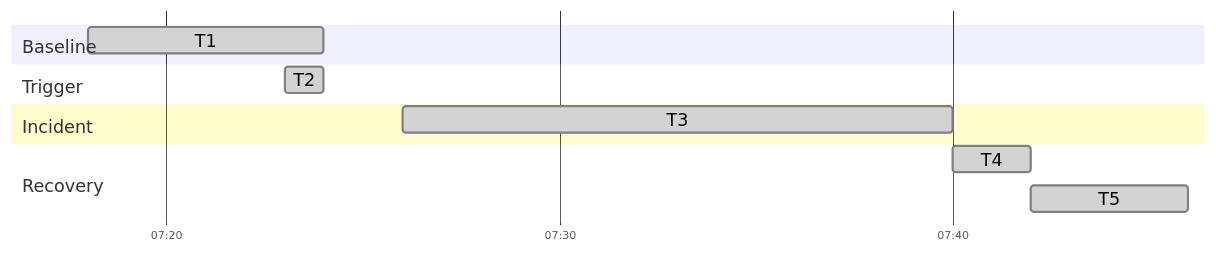
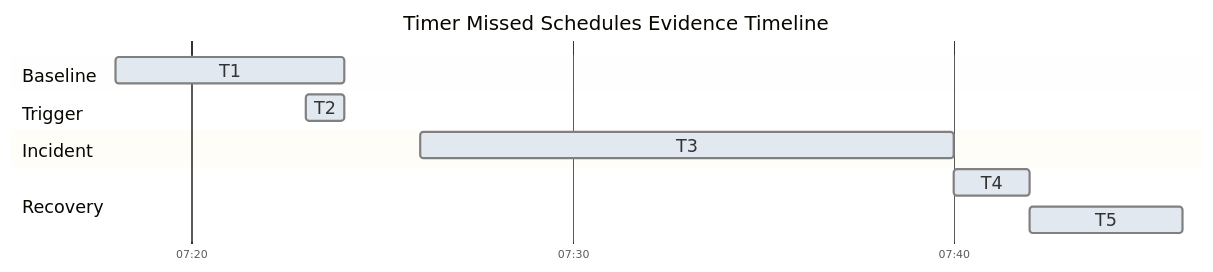
The second of 2 diagrams in docs/troubleshooting/lab-guides/timer-missed-schedules.md (yeongseon/azure-functions-practical-guide), drawn with Mermaid before and after one commit. The commit also changed 1 other file, not shown here.

Commit message:
docs(diagrams): apply palette-aware gantt legibility recipe
Use the measured local Gantt palette and spacing recipe while preserving
every task, section, timestamp and adjacent legend. Restore chart titles.

Refs #260

````diff
--- a/docs/troubleshooting/lab-guides/timer-missed-schedules.md
+++ b/docs/troubleshooting/lab-guides/timer-missed-schedules.md
@@ -438,18 +438,19 @@
 ```mermaid
-%%{init: {'themeCSS': '.grid .tick text { font-size: 16px !important; }', 'gantt': {'useMaxWidth': true, 'fontSize': 16, 'sectionFontSize': 16, 'leftPadding': 70, 'rightPadding': 30, 'barHeight': 24, 'barGap': 12}}}%%
+%%{init: {"gantt":{"fontSize":16,"sectionFontSize":16,"leftPadding":95,"rightPadding":35,"barHeight":24,"barGap":10},"theme":"base","themeVariables":{"doneTaskBkgColor":"#e2e8f0","critBkgColor":"#fed7aa","taskBkgColor":"#e2e8f0"},"themeCSS":".grid .tick text{font-size:16px;fill:var(--md-default-fg-color);} .section{opacity:0;} .titleText{font-size:14px;fill:var(--md-default-fg-color);} .sectionTitle{fill:var(--md-default-fg-color);} .taskTextOutsideLeft,.taskTextOutsideRight{fill:var(--md-default-fg-color)!important;} .taskText{fill:#14202e!important;}"}}%%
 gantt
+    title Timer Missed Schedules Evidence Timeline
     accTitle: Timer Missed Schedules Evidence Timeline
     accDescr: Five historical Y1 lab windows from 07:18 through 07:46, keyed T1 to T5 in the adjacent legend. Bars retain minute-resolution windows; the stop command timestamp is 07:23:43, not an exact bar boundary.
     dateFormat  HH:mm
     axisFormat  %H:%M
     tickInterval 10minute
     section Baseline
     T1                              :done, t1, 07:18, 6m
     section Trigger
     T2                              :done, t2, 07:23, 1m
     section Incident
     T3                              :done, t3, 07:26, 14m
     section Recovery
     T4                              :done, t4, 07:40, 2m
     T5                              :done, t5, 07:42, 4m
 ```
````
